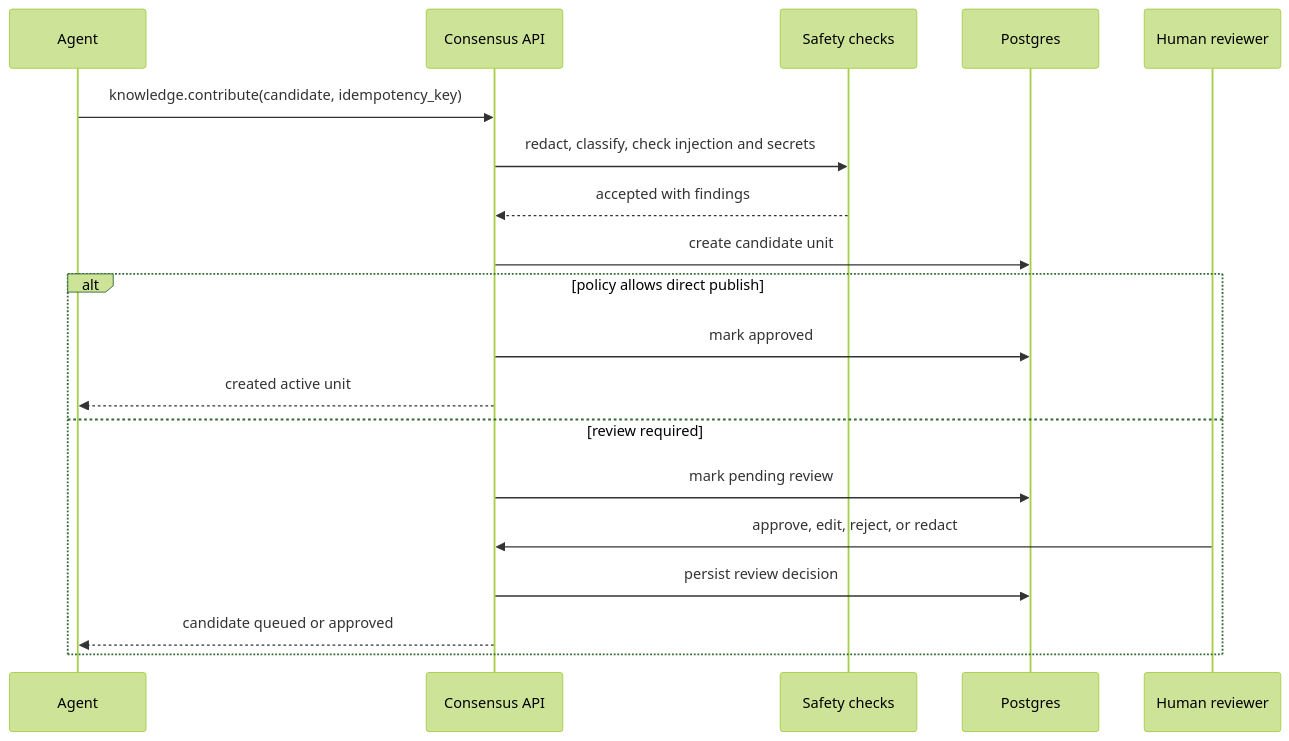
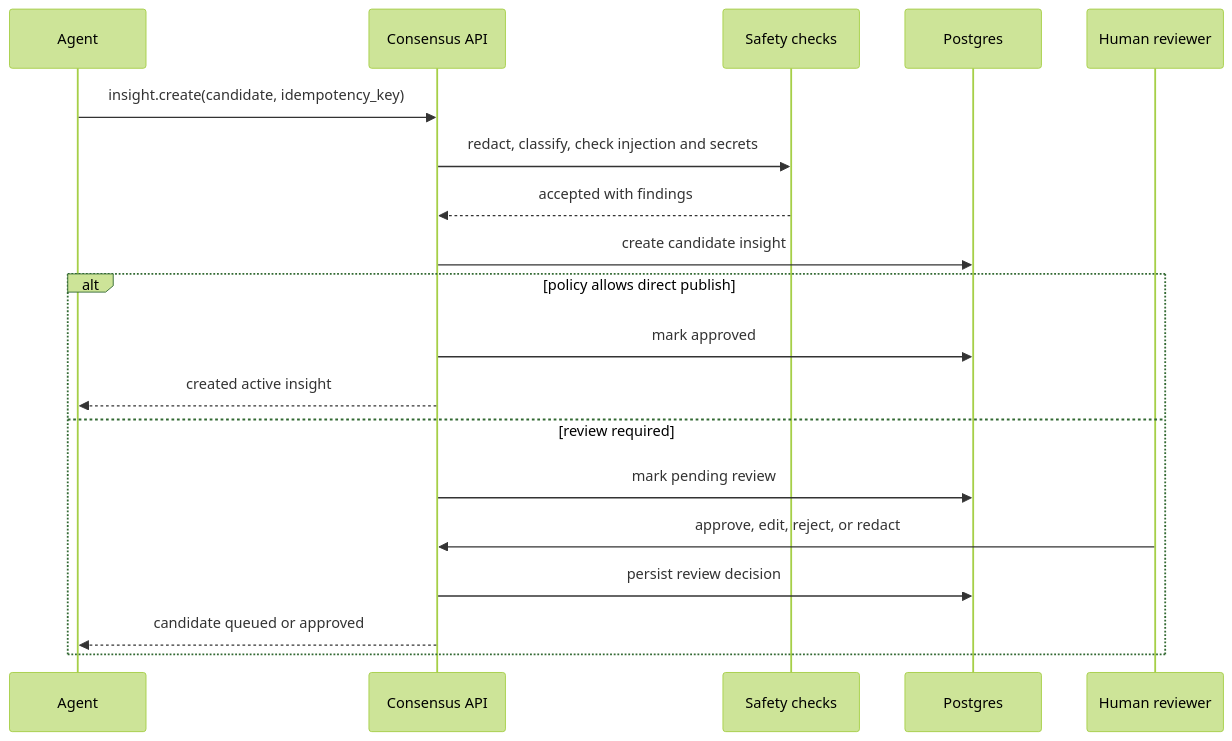
The second of 2 diagrams in docs/architecture.md (loewenthal-corp/consensus), drawn with Mermaid (forest theme) before and after one commit. The commit also changed other lines of this file and 26 other files, not shown here.

````diff
--- a/docs/architecture.md
+++ b/docs/architecture.md
@@ -607,23 +591,23 @@
 ```mermaid
 sequenceDiagram
     participant Agent
     participant API as Consensus API
     participant Guard as Safety checks
     participant DB as Postgres
     participant Reviewer as Human reviewer
 
-    Agent->>API: knowledge.contribute(candidate, idempotency_key)
+    Agent->>API: insight.create(candidate, idempotency_key)
     API->>Guard: redact, classify, check injection and secrets
     Guard-->>API: accepted with findings
-    API->>DB: create candidate unit
+    API->>DB: create candidate insight
 
     alt policy allows direct publish
         API->>DB: mark approved
-        API-->>Agent: created active unit
+        API-->>Agent: created active insight
     else review required
         API->>DB: mark pending review
         Reviewer->>API: approve, edit, reject, or redact
         API->>DB: persist review decision
         API-->>Agent: candidate queued or approved
     end
 ```
````
